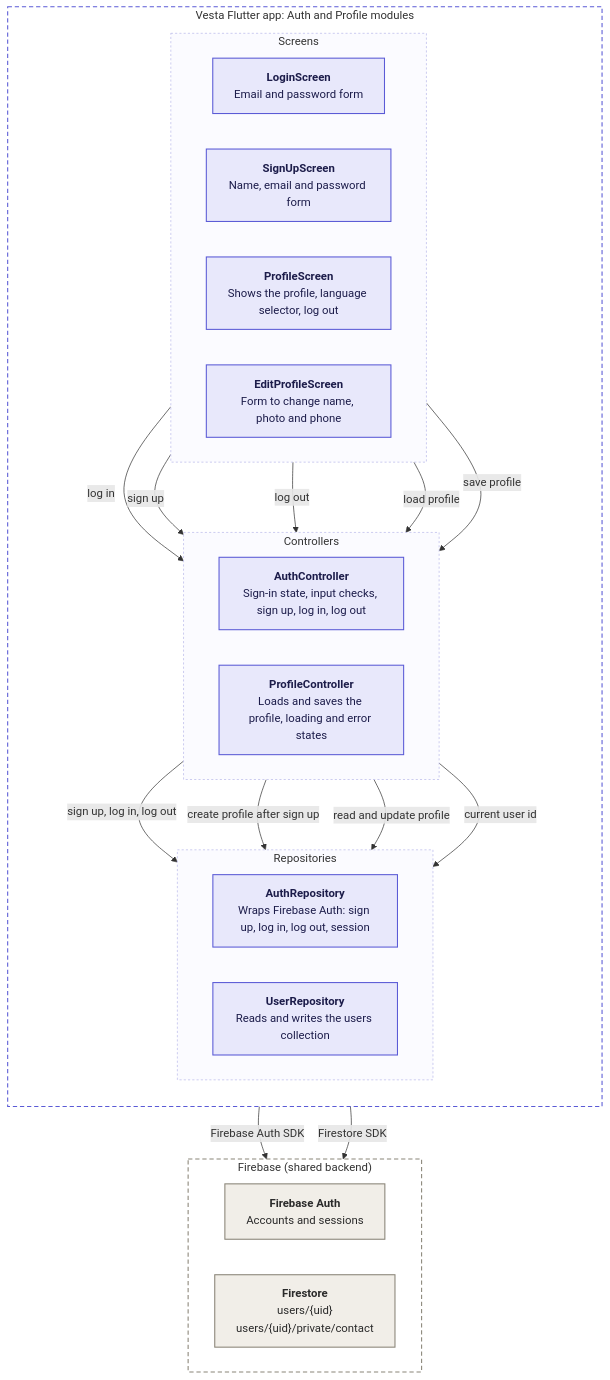
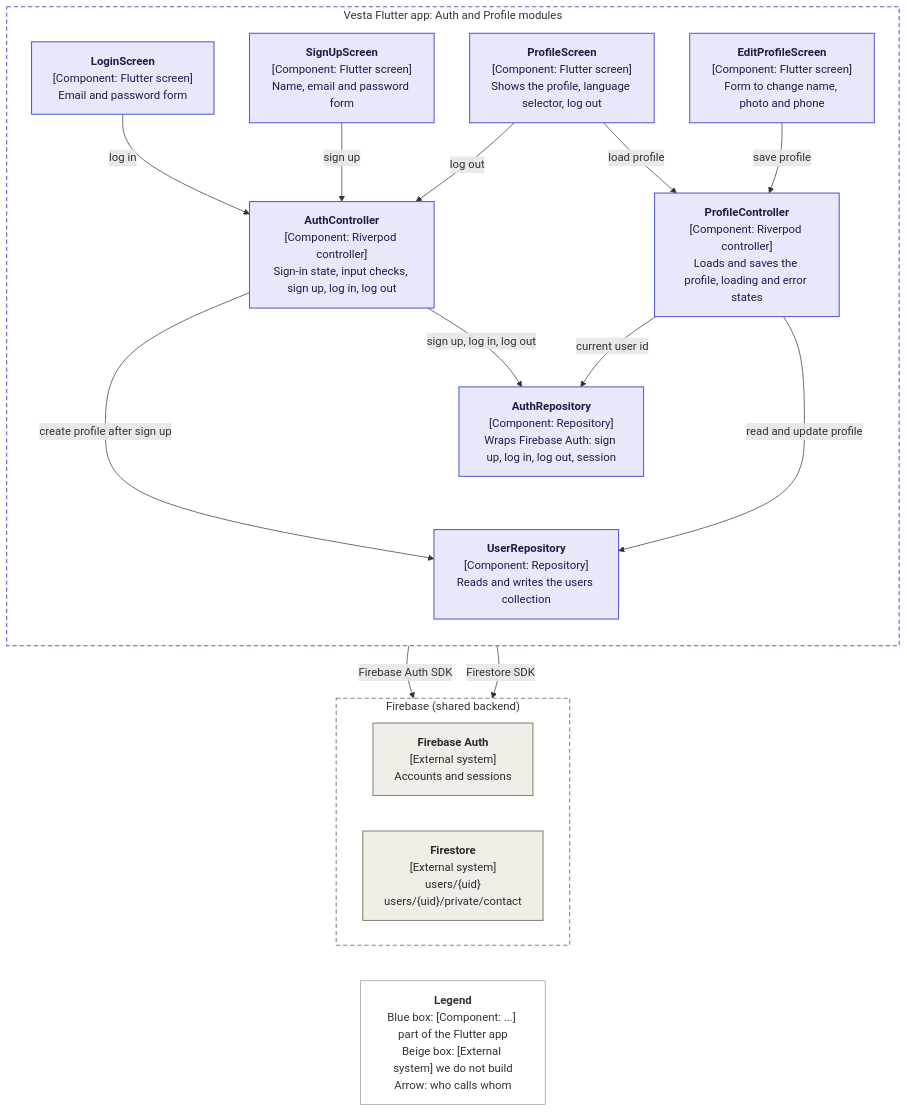
The diagram in docs/c4/level3-auth-profile.mmd (manar09-code/vesta), drawn with Mermaid before and after one commit. The commit also changed 2 other files, not shown here.

Commit message:
docs(c4): add component types and legend to level 3 [VST-27]

```diff
--- a/docs/c4/level3-auth-profile.mmd
+++ b/docs/c4/level3-auth-profile.mmd
@@ -1,53 +1,50 @@
 %% C4 level 3: Auth and Profile components of the Flutter app (VST-27)
 %% Rule: Screen -> Controller -> Repository -> Firebase. A screen never talks to Firebase directly.
 flowchart TB
   subgraph APP["Vesta Flutter app: Auth and Profile modules"]
     direction TB
-    subgraph SCREENS["Screens"]
-      direction LR
-      Login["<b>LoginScreen</b><br/>Email and password form"]
-      SignUp["<b>SignUpScreen</b><br/>Name, email and password form"]
-      Profile["<b>ProfileScreen</b><br/>Shows the profile, language selector, log out"]
-      EditProfile["<b>EditProfileScreen</b><br/>Form to change name, photo and phone"]
-    end
-    subgraph CONTROLLERS["Controllers"]
-      direction LR
-      AuthC["<b>AuthController</b><br/>Sign-in state, input checks, sign up, log in, log out"]
-      ProfileC["<b>ProfileController</b><br/>Loads and saves the profile, loading and error states"]
-    end
-    subgraph REPOSITORIES["Repositories"]
-      direction LR
-      AuthR["<b>AuthRepository</b><br/>Wraps Firebase Auth: sign up, log in, log out, session"]
-      UserR["<b>UserRepository</b><br/>Reads and writes the users collection"]
-    end
+    Login["<b>LoginScreen</b><br/>[Component: Flutter screen]<br/>Email and password form"]
+    SignUp["<b>SignUpScreen</b><br/>[Component: Flutter screen]<br/>Name, email and password form"]
+    Profile["<b>ProfileScreen</b><br/>[Component: Flutter screen]<br/>Shows the profile, language selector, log out"]
+    EditProfile["<b>EditProfileScreen</b><br/>[Component: Flutter screen]<br/>Form to change name, photo and phone"]
+
+    AuthC["<b>AuthController</b><br/>[Component: Riverpod controller]<br/>Sign-in state, input checks, sign up, log in, log out"]
+    ProfileC["<b>ProfileController</b><br/>[Component: Riverpod controller]<br/>Loads and saves the profile, loading and error states"]
+
+    AuthR["<b>AuthRepository</b><br/>[Component: Repository]<br/>Wraps Firebase Auth: sign up, log in, log out, session"]
+    UserR["<b>UserRepository</b><br/>[Component: Repository]<br/>Reads and writes the users collection"]
   end
 
   subgraph FIREBASE["Firebase (shared backend)"]
     direction LR
-    FAuth["<b>Firebase Auth</b><br/>Accounts and sessions"]
-    FStore["<b>Firestore</b><br/>users/{uid}<br/>users/{uid}/private/contact"]
+    FAuth["<b>Firebase Auth</b><br/>[External system]<br/>Accounts and sessions"]
+    FStore["<b>Firestore</b><br/>[External system]<br/>users/{uid}<br/>users/{uid}/private/contact"]
   end
+
+  Legend["<b>Legend</b><br/>Blue box: [Component: ...] part of the Flutter app<br/>Beige box: [External system] we do not build<br/>Arrow: who calls whom"]
 
   Login -->|"log in"| AuthC
   SignUp -->|"sign up"| AuthC
   Profile -->|"log out"| AuthC
   Profile -->|"load profile"| ProfileC
   EditProfile -->|"save profile"| ProfileC
 
+  AuthC -->|"create profile after sign up"| UserR
   AuthC -->|"sign up, log in, log out"| AuthR
-  AuthC -->|"create profile after sign up"| UserR
+  ProfileC -->|"current user id"| AuthR
   ProfileC -->|"read and update profile"| UserR
-  ProfileC -->|"current user id"| AuthR
 
   AuthR -->|"Firebase Auth SDK"| FAuth
   UserR -->|"Firestore SDK"| FStore
 
+  AuthR ~~~ UserR
+  FStore ~~~ Legend
+
   classDef component fill:#e8e8fb,stroke:#5b5bd6,stroke-width:1.5px,color:#1c1c4a;
   classDef external fill:#f1eee8,stroke:#8a8578,stroke-width:1.5px,color:#2a2a2a;
+  classDef legend fill:#ffffff,stroke:#999999,stroke-width:1px,color:#333333;
   class Login,SignUp,Profile,EditProfile,AuthC,ProfileC,AuthR,UserR component;
   class FAuth,FStore external;
+  class Legend legend;
   style APP fill:#ffffff,stroke:#5b5bd6,stroke-width:1.5px,stroke-dasharray:6 4;
   style FIREBASE fill:#ffffff,stroke:#8a8578,stroke-width:1.5px,stroke-dasharray:6 4;
-  style SCREENS fill:#fbfbff,stroke:#b9b9ea,stroke-dasharray:3 3;
-  style CONTROLLERS fill:#fbfbff,stroke:#b9b9ea,stroke-dasharray:3 3;
-  style REPOSITORIES fill:#fbfbff,stroke:#b9b9ea,stroke-dasharray:3 3;
```
